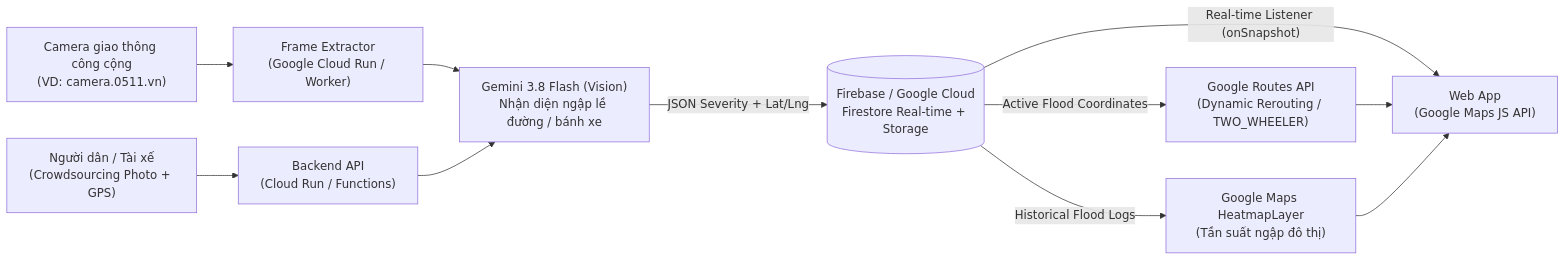
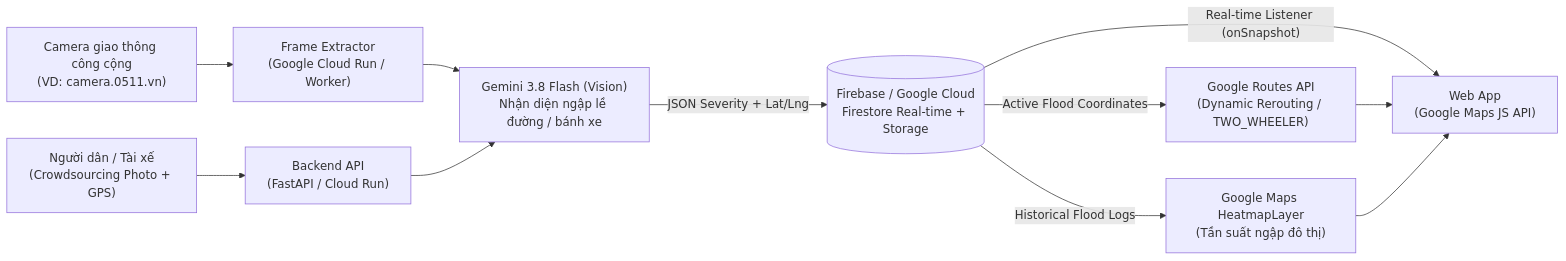
Before and after one commit to Gold2k2k2k/flood-safe-routing: the diagram in README.md, drawn with Mermaid. The commit also changed other lines of this file and 31 other files, not shown here.

````diff
--- a/README.md
+++ b/README.md
@@ -63,13 +88,13 @@
 ```mermaid
 flowchart LR
     CAM["Camera giao thông công cộng\n(VD: camera.0511.vn)"] --> ING["Frame Extractor\n(Google Cloud Run / Worker)"]
-    USR["Người dân / Tài xế\n(Crowdsourcing Photo + GPS)"] --> API["Backend API\n(Cloud Run / Functions)"]
+    USR["Người dân / Tài xế\n(Crowdsourcing Photo + GPS)"] --> API["Backend API\n(FastAPI / Cloud Run)"]
     ING --> GEM["Gemini 3.8 Flash (Vision)\nNhận diện ngập lề đường / bánh xe"]
     API --> GEM
     GEM -->|"JSON Severity + Lat/Lng"| FB[("Firebase / Google Cloud\nFirestore Real-time + Storage")]
     FB -->|"Real-time Listener (onSnapshot)"| WEB["Web App\n(Google Maps JS API)"]
     FB -->|"Active Flood Coordinates"| ROUTES["Google Routes API\n(Dynamic Rerouting / TWO_WHEELER)"]
     FB -->|"Historical Flood Logs"| HEAT["Google Maps HeatmapLayer\n(Tần suất ngập đô thị)"]
     ROUTES --> WEB
     HEAT --> WEB
 ```
````
